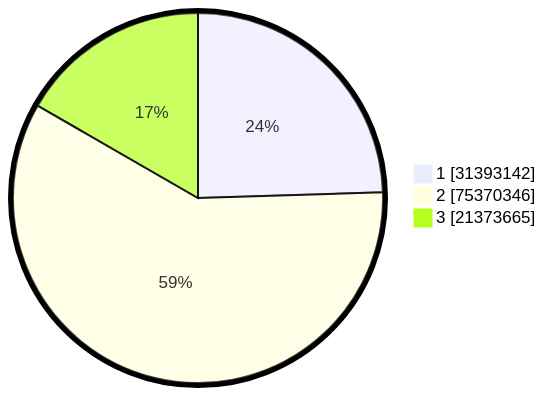
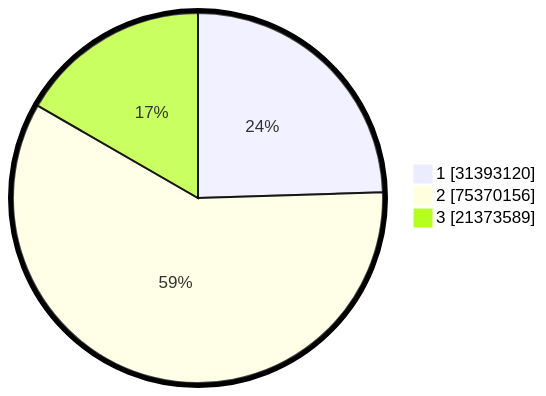
Before and after one commit to gigit-pemilu/pemilu-2024: the second of 2 diagrams in pilpres/hitung-suara/README.md, drawn with Mermaid. The commit also changed other lines of this file and 11 other files, not shown here.

````diff
--- a/pilpres/hitung-suara/README.md
+++ b/pilpres/hitung-suara/README.md
@@ -93,7 +93,7 @@
 ```mermaid
 %%{init: {"pie": {"textPosition": 0.5}, "themeVariables": {"pieOuterStrokeWidth": "5px"}} }%%
 pie showData
-    "1" : 31393142
-    "2" : 75370346
-    "3" : 21373665
+    "1" : 31393120
+    "2" : 75370156
+    "3" : 21373589
 ```
````
